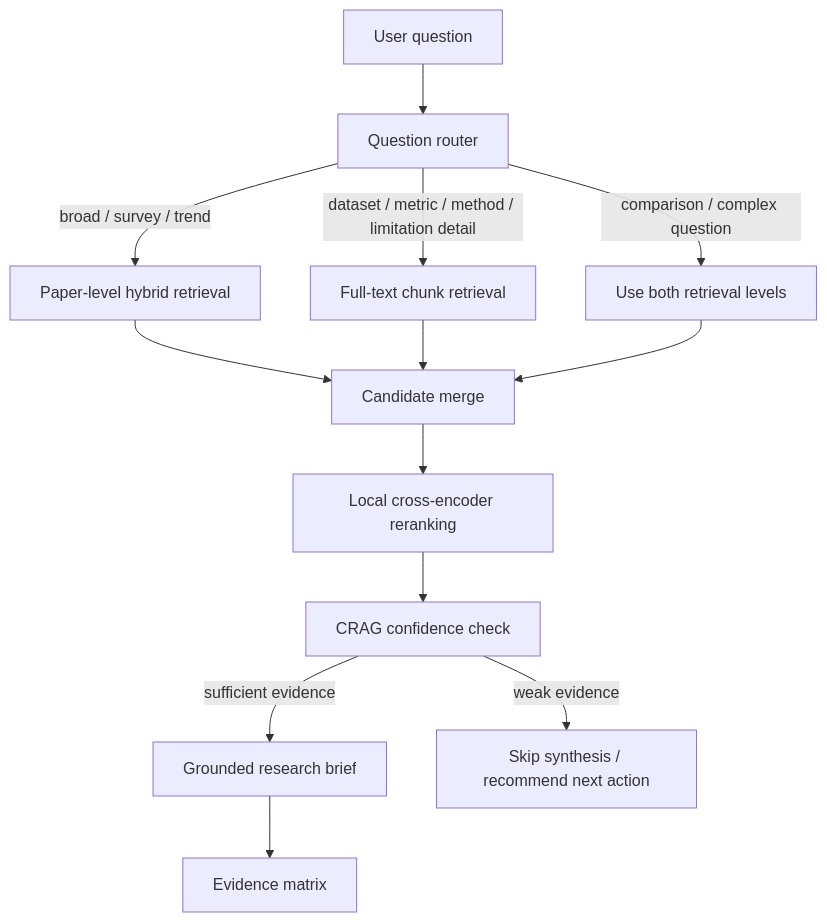
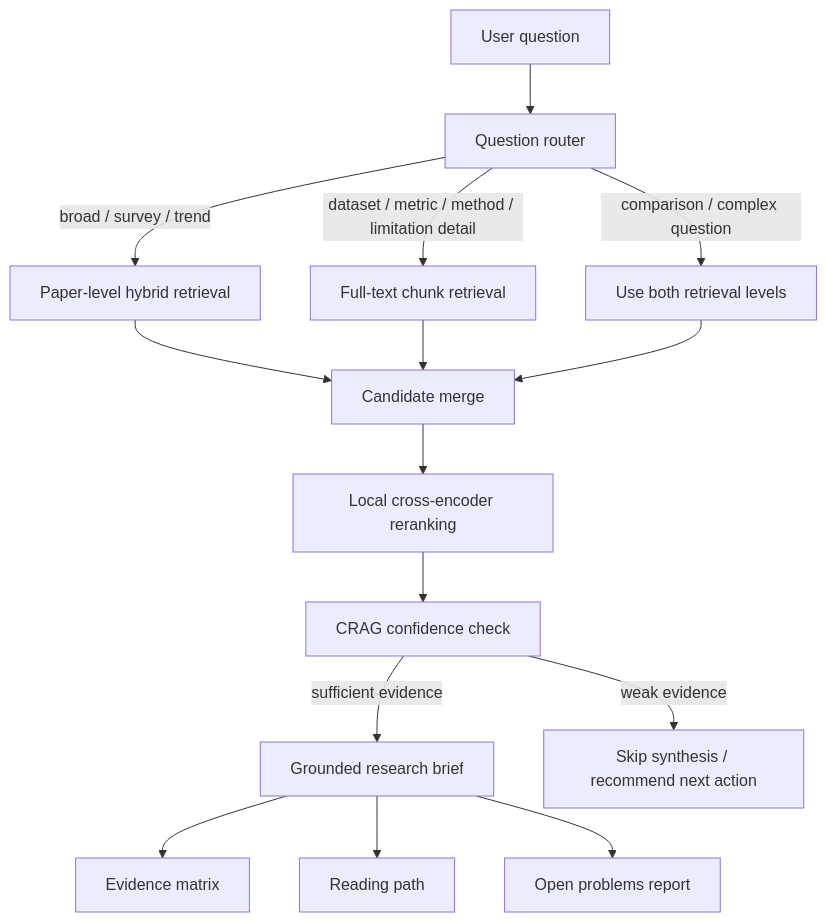
Before and after one commit to rishitha-gogineni/research-synthesis-engine: the third of 3 diagrams in docs/research-synthesis-engine-build-plan.md, drawn with Mermaid. The commit also changed other lines of this file and 10 other files, not shown here.

````diff
--- a/docs/research-synthesis-engine-build-plan.md
+++ b/docs/research-synthesis-engine-build-plan.md
@@ -92,15 +92,17 @@
 ```mermaid
 flowchart TD
     A[User question] --> B[Question router]
     B -->|broad / survey / trend| C[Paper-level hybrid retrieval]
     B -->|dataset / metric / method / limitation detail| D[Full-text chunk retrieval]
     B -->|comparison / complex question| E[Use both retrieval levels]
     C --> F[Candidate merge]
     D --> F
     E --> F
     F --> G[Local cross-encoder reranking]
     G --> H[CRAG confidence check]
     H -->|sufficient evidence| I[Grounded research brief]
     H -->|weak evidence| J[Skip synthesis / recommend next action]
     I --> K[Evidence matrix]
+    I --> L[Reading path]
+    I --> M[Open problems report]
 ```
````
